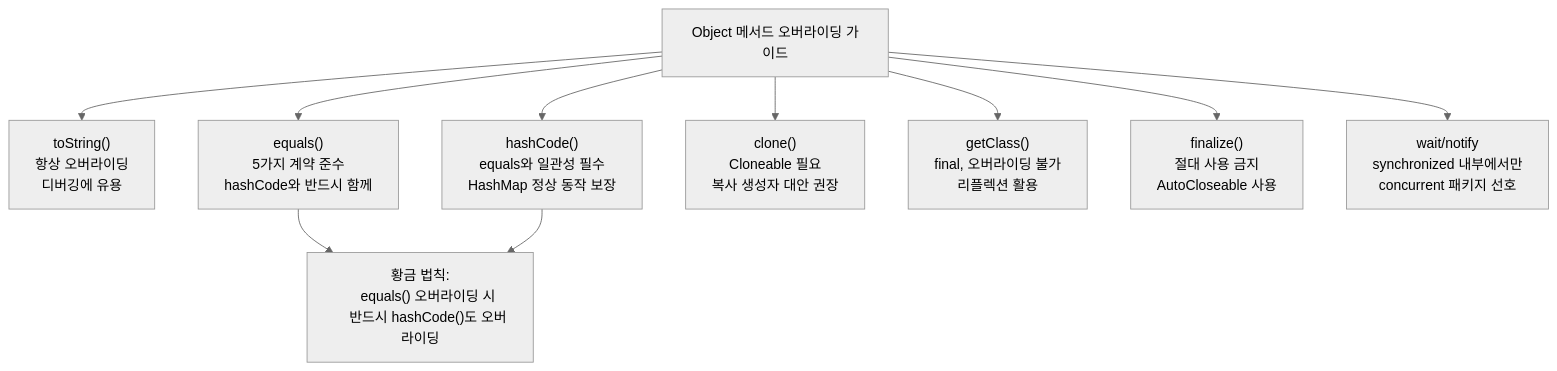
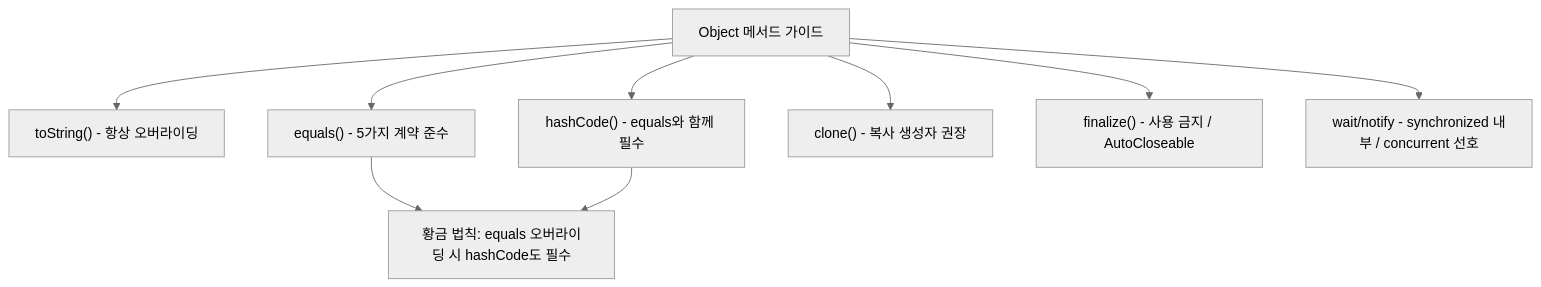
The sixth of 6 diagrams in _posts/java/2026-05-01-java-object-class.md (yjkim2015/yjkim2015.github.io), drawn with Mermaid (neutral theme) before and after one commit. The commit also changed other lines of this file and 215 other files, not shown here.

First line of the commit message:
신규 포스트 10개 추가 + Mermaid 전면 축소 + SystemDesign 시리즈 보강

````diff
--- a/_posts/java/2026-05-01-java-object-class.md
+++ b/_posts/java/2026-05-01-java-object-class.md
@@ -721,46 +706,12 @@
 ```mermaid
 graph TD
-    OBJECT["Object 메서드 오버라이딩 가이드"]
-
-    TOSTRING["toString()
-    항상 오버라이딩
-    디버깅에 유용"]
-
-    EQUALS["equals()
-    5가지 계약 준수
-    hashCode와 반드시 함께"]
-
-    HASHCODE["hashCode()
-    equals와 일관성 필수
-    HashMap 정상 동작 보장"]
-
-    CLONE["clone()
-    Cloneable 필요
-    복사 생성자 대안 권장"]
-
-    GETCLASS["getClass()
-    final, 오버라이딩 불가
-    리플렉션 활용"]
-
-    FINALIZE["finalize()
-    절대 사용 금지
-    AutoCloseable 사용"]
-
-    WAITNOTIFY["wait/notify
-    synchronized 내부에서만
-    concurrent 패키지 선호"]
-
-    GOLDEN["황금 법칙:
-    equals() 오버라이딩 시
-    반드시 hashCode()도 오버라이딩"]
-
-    OBJECT --> TOSTRING
-    OBJECT --> EQUALS
-    OBJECT --> HASHCODE
-    OBJECT --> CLONE
-    OBJECT --> GETCLASS
-    OBJECT --> FINALIZE
-    OBJECT --> WAITNOTIFY
-    EQUALS --> GOLDEN
+    OBJECT["Object 메서드 가이드"]
+    OBJECT --> TOSTRING["toString() - 항상 오버라이딩"]
+    OBJECT --> EQUALS["equals() - 5가지 계약 준수"]
+    OBJECT --> HASHCODE["hashCode() - equals와 함께 필수"]
+    OBJECT --> CLONE["clone() - 복사 생성자 권장"]
+    OBJECT --> FINALIZE["finalize() - 사용 금지 / AutoCloseable"]
+    OBJECT --> WAITNOTIFY["wait/notify - synchronized 내부 / concurrent 선호"]
+    EQUALS --> GOLDEN["황금 법칙: equals 오버라이딩 시 hashCode도 필수"]
     HASHCODE --> GOLDEN
 ```
````
